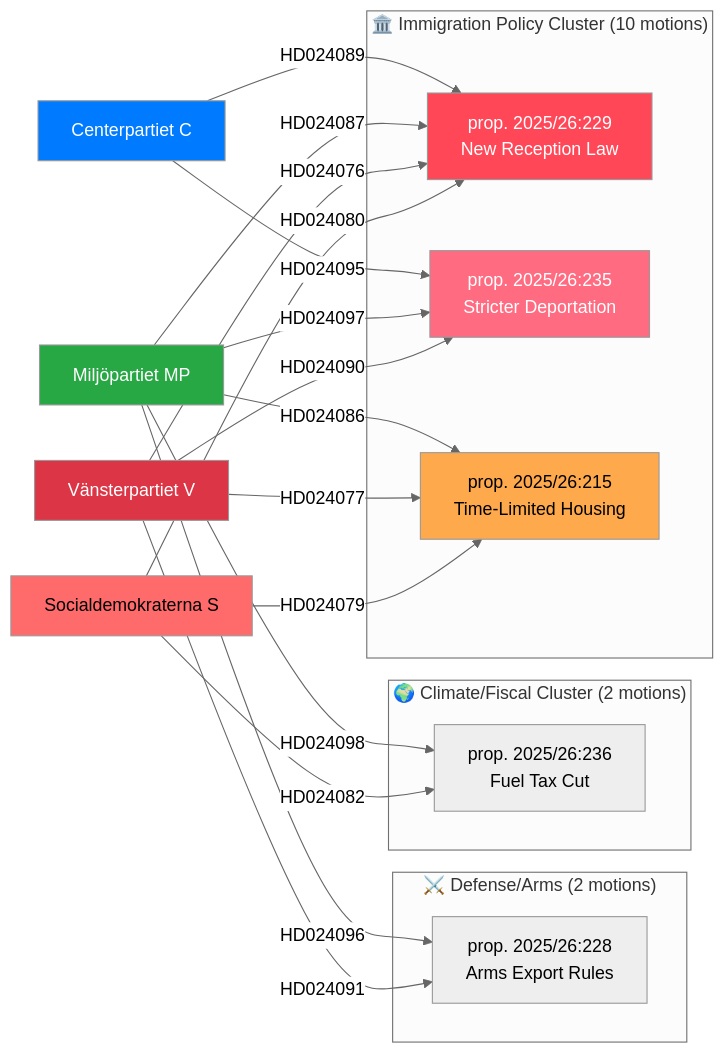
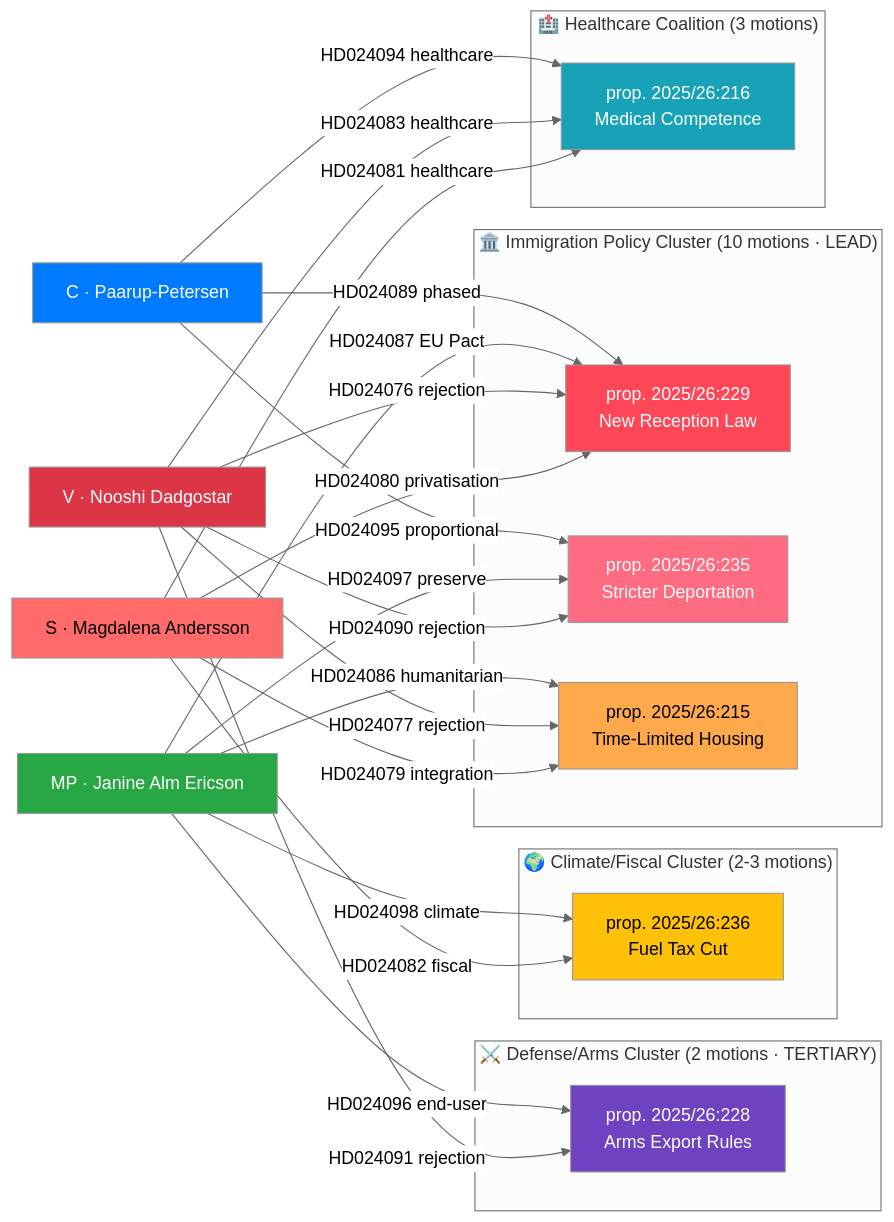
One commit to Hack23/riksdagsmonitor changed the diagram in analysis/daily/2026-04-20/motions/swot-analysis.md. Above: the diagram before and after it, drawn with Mermaid (neutral theme). The commit also changed other lines of this file and 8 other files, not shown here.

````diff
--- a/analysis/daily/2026-04-20/motions/swot-analysis.md
+++ b/analysis/daily/2026-04-20/motions/swot-analysis.md
@@ -85,42 +158,52 @@
 ```mermaid
 flowchart LR
-    subgraph Immigration["🏛️ Immigration Policy Cluster (10 motions)"]
+    subgraph Immigration["🏛️ Immigration Policy Cluster (10 motions · LEAD)"]
         P229["prop. 2025/26:229<br/>New Reception Law"]
         P235["prop. 2025/26:235<br/>Stricter Deportation"]
         P215["prop. 2025/26:215<br/>Time-Limited Housing"]
     end
 
-    subgraph Climate["🌍 Climate/Fiscal Cluster (2 motions)"]
+    subgraph Climate["🌍 Climate/Fiscal Cluster (2-3 motions)"]
         P236["prop. 2025/26:236<br/>Fuel Tax Cut"]
     end
 
-    subgraph Defense["⚔️ Defense/Arms (2 motions)"]
+    subgraph Defense["⚔️ Defense/Arms Cluster (2 motions · TERTIARY)"]
         P228["prop. 2025/26:228<br/>Arms Export Rules"]
     end
 
-    S[Socialdemokraterna S] -->|HD024080| P229
-    S -->|HD024079| P215
-    S -->|HD024082| P236
+    subgraph Healthcare["🏥 Healthcare Coalition (3 motions)"]
+        P216["prop. 2025/26:216<br/>Medical Competence"]
+    end
 
-    V[Vänsterpartiet V] -->|HD024076| P229
-    V -->|HD024077| P215
-    V -->|HD024090| P235
-    V -->|HD024091| P228
+    S[S · Magdalena Andersson] -->|HD024080 privatisation| P229
+    S -->|HD024079 integration| P215
+    S -->|HD024082 fiscal| P236
+    S -->|HD024081 healthcare| P216
 
-    MP[Miljöpartiet MP] -->|HD024087| P229
-    MP -->|HD024086| P215
-    MP -->|HD024097| P235
-    MP -->|HD024096| P228
-    MP -->|HD024098| P236
+    V[V · Nooshi Dadgostar] -->|HD024076 rejection| P229
+    V -->|HD024077 rejection| P215
+    V -->|HD024090 rejection| P235
+    V -->|HD024091 rejection| P228
+    V -->|HD024083 healthcare| P216
 
-    C[Centerpartiet C] -->|HD024089| P229
-    C -->|HD024095| P235
+    MP[MP · Janine Alm Ericson] -->|HD024087 EU Pact| P229
+    MP -->|HD024086 humanitarian| P215
+    MP -->|HD024097 preserve| P235
+    MP -->|HD024096 end-user| P228
+    MP -->|HD024098 climate| P236
+
+    C[C · Paarup-Petersen] -->|HD024089 phased| P229
+    C -->|HD024095 proportional| P235
+    C -->|HD024094 healthcare| P216
 
     style S fill:#ff6b6b,color:#000
     style V fill:#dc3545,color:#fff
     style MP fill:#28a745,color:#fff
     style C fill:#007bff,color:#fff
     style P229 fill:#ff4757,color:#fff
     style P235 fill:#ff6b81,color:#fff
     style P215 fill:#ffa94d,color:#000
+    style P236 fill:#ffc107,color:#000
+    style P228 fill:#6f42c1,color:#fff
+    style P216 fill:#17a2b8,color:#fff
 ```
````
